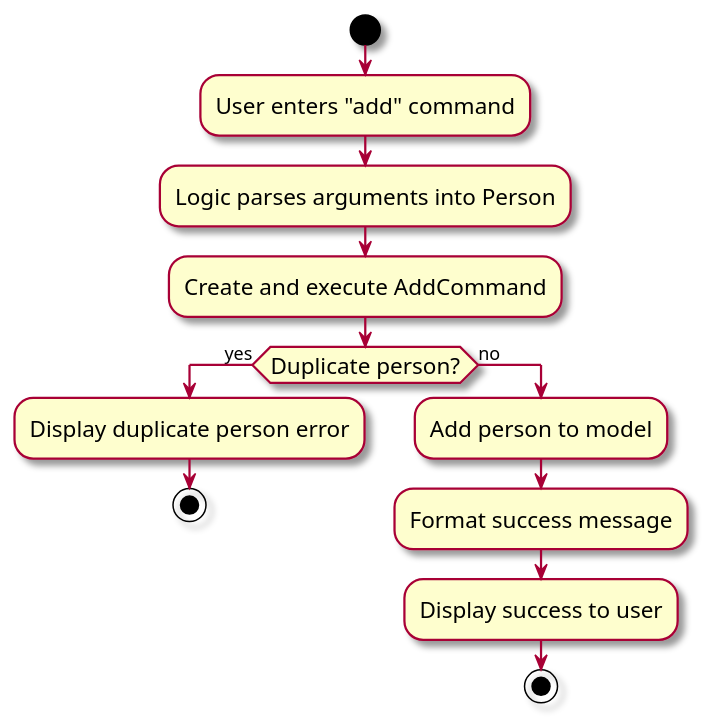
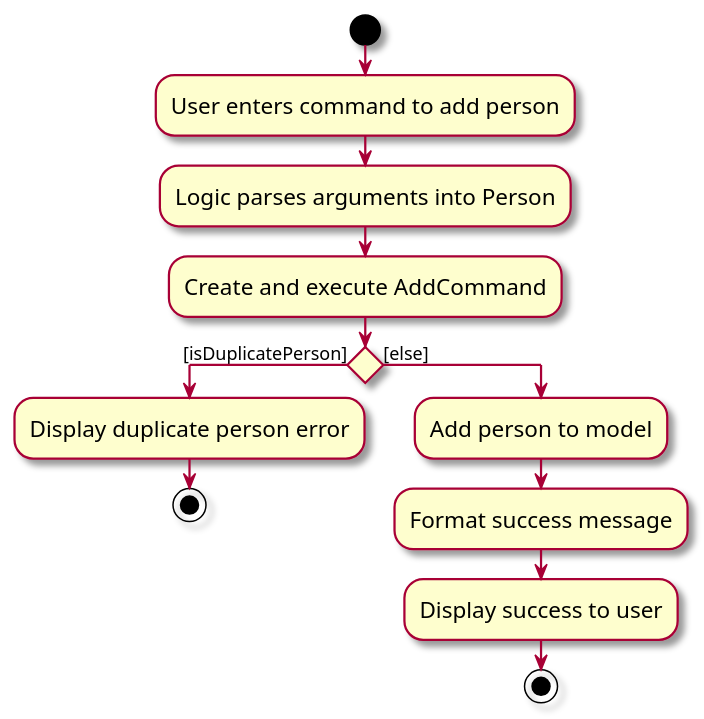
The diagram in docs/diagrams/AddCommandActivityDiagram.puml (tonyvict/tp), drawn with PlantUML before and after one commit. The commit also changed 13 other files, not shown here.

Commit message:
Add UML diagrams

```diff
--- a/docs/diagrams/AddCommandActivityDiagram.puml
+++ b/docs/diagrams/AddCommandActivityDiagram.puml
@@ -1,18 +1,18 @@
 @startuml
 skin rose
 skinparam ActivityFontSize 15
 skinparam ArrowFontSize 12
 start
-:User enters "add" command;
+:User enters command to add person;
 :Logic parses arguments into Person;
 :Create and execute AddCommand;
-if (Duplicate person?) then (yes)
+if () then ([isDuplicatePerson])
   :Display duplicate person error;
   stop
-else (no)
+else ([else])
   :Add person to model;
   :Format success message;
   :Display success to user;
   stop
 endif
 @enduml
```
